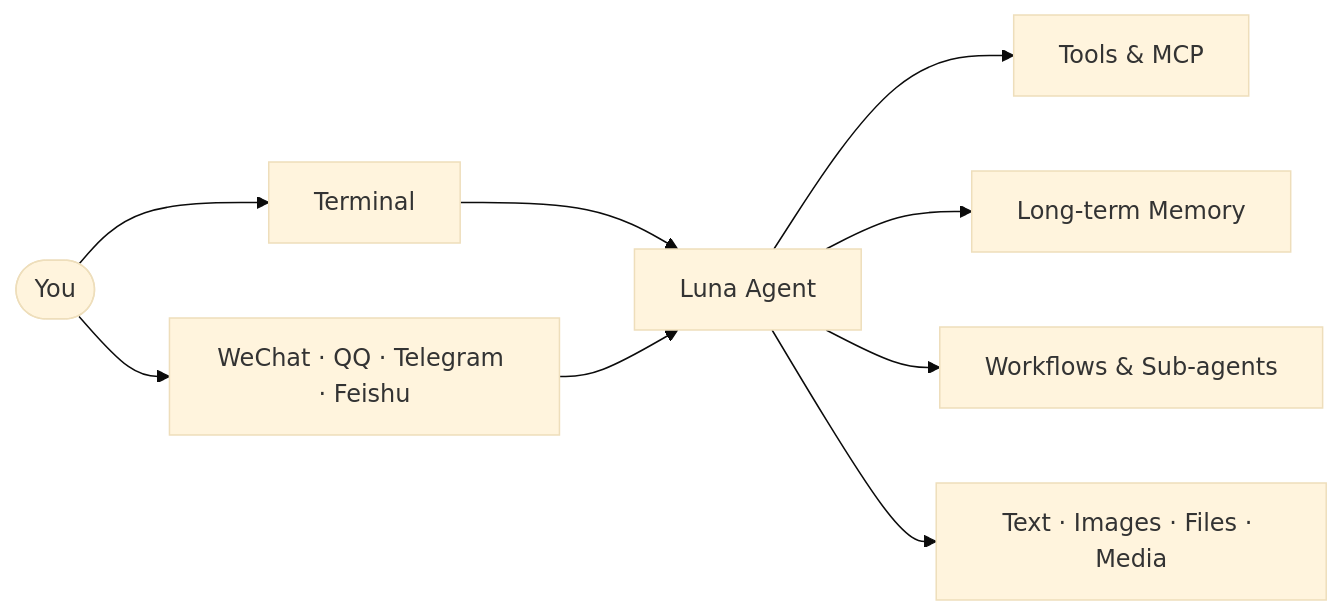
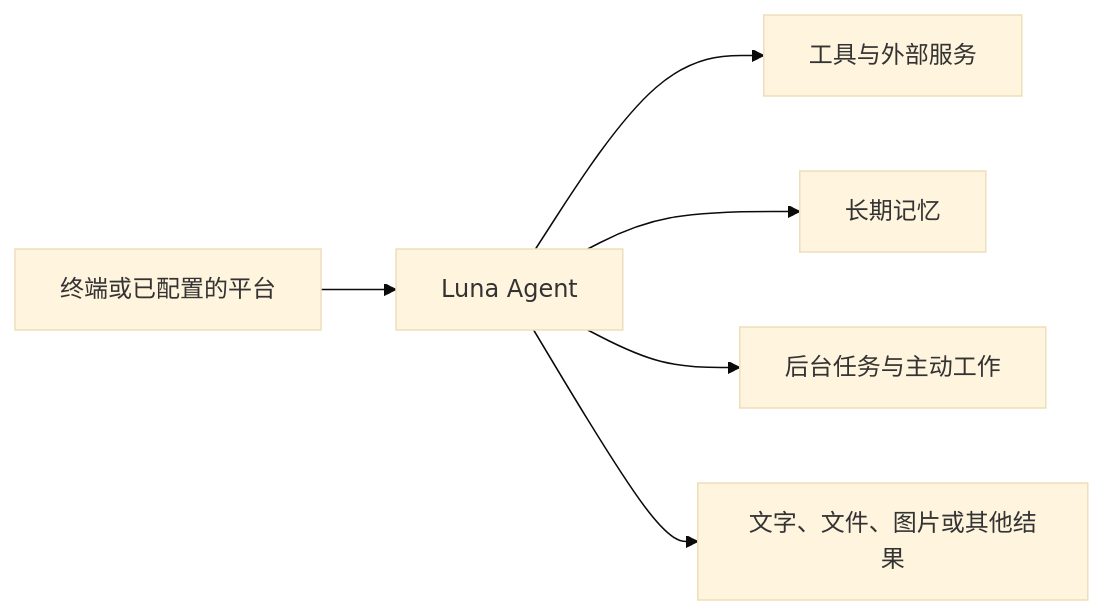
The second of 2 diagrams in README.md (sjs126y/luna-agent), drawn with Mermaid (base theme) before and after one commit. The commit also changed other lines of this file, not shown here.

Commit message:
docs: rewrite README around personal agent capabilities

````diff
--- a/README.md
+++ b/README.md
@@ -61,11 +113,8 @@
 ```mermaid
 flowchart LR
-    You([You]) --> TUI[Terminal]
-    You --> Apps[WeChat · QQ · Telegram · Feishu]
-    TUI --> LunaAgent[Luna Agent]
-    Apps --> LunaAgent
-    LunaAgent --> Tools[Tools & MCP]
-    LunaAgent --> Memory[Long-term Memory]
-    LunaAgent --> Tasks[Workflows & Sub-agents]
-    LunaAgent --> Reply[Text · Images · Files · Media]
+    Entry[终端或已配置的平台] --> Agent[Luna Agent]
+    Agent --> Tools[工具与外部服务]
+    Agent --> Memory[长期记忆]
+    Agent --> Jobs[后台任务与主动工作]
+    Agent --> Result[文字、文件、图片或其他结果]
 ```
````
